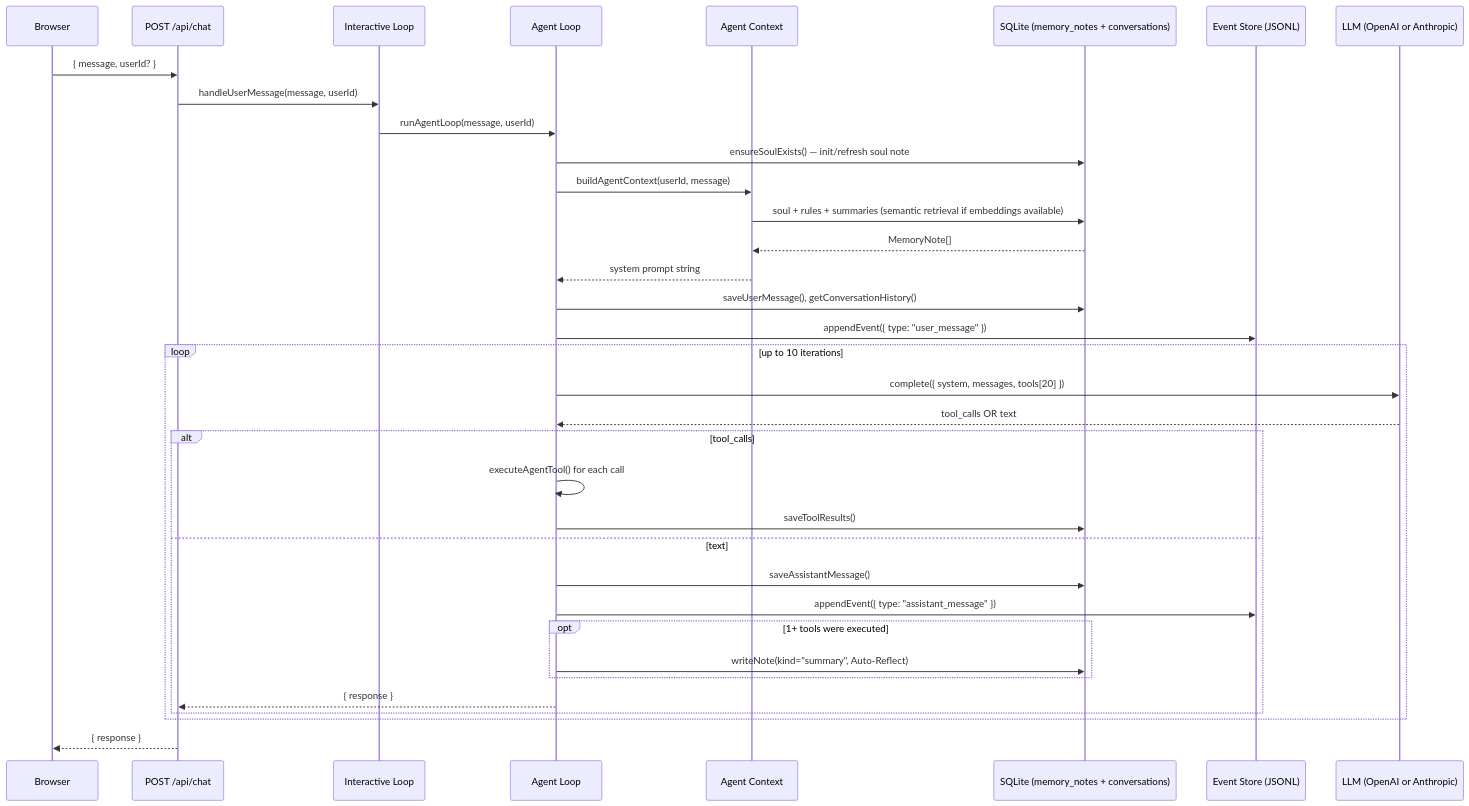
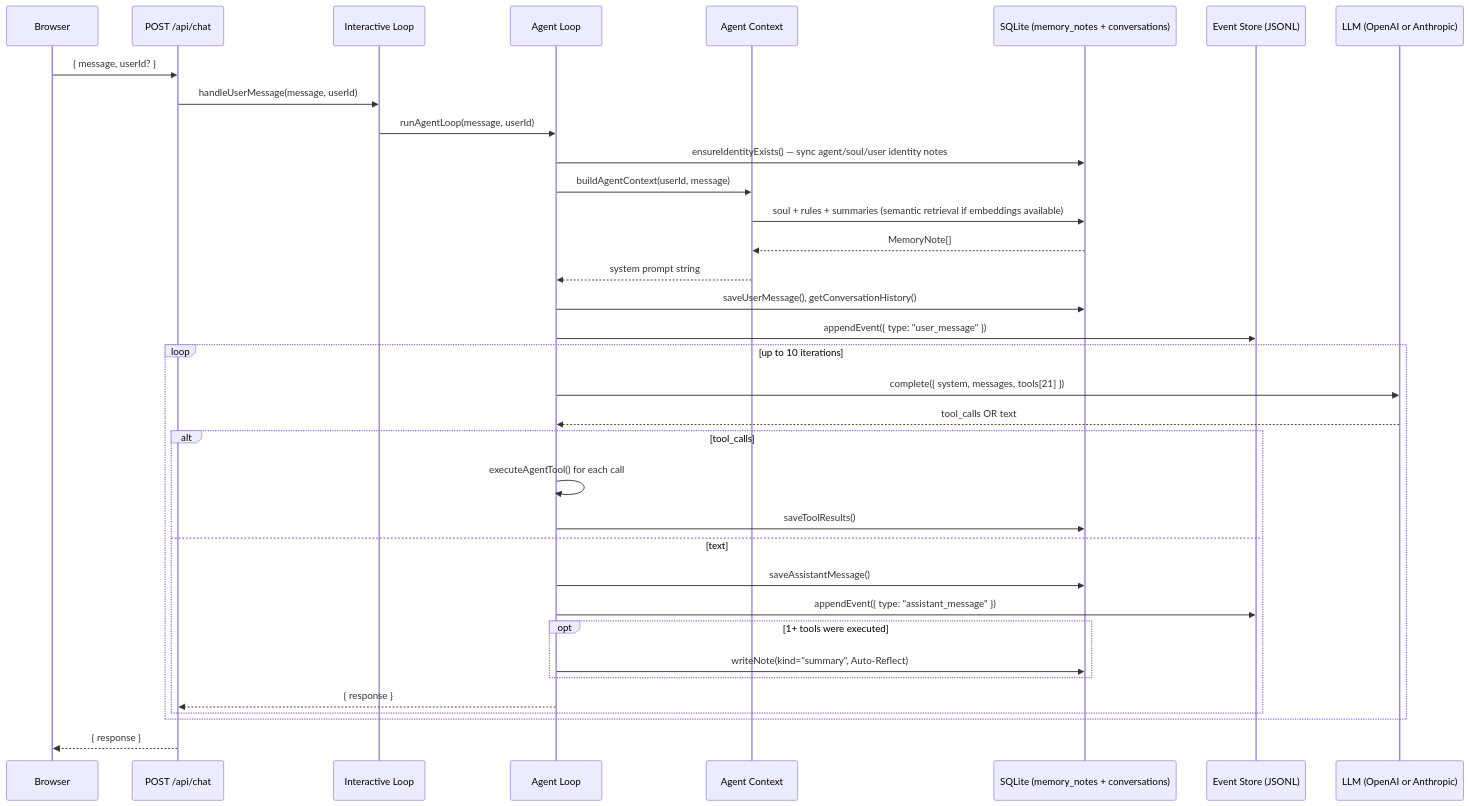
Before and after one commit to nalbam/luminary: the second of 4 diagrams in docs/architecture/overview.md, drawn with Mermaid. The commit also changed other lines of this file and 3 other files, not shown here.

````diff
--- a/docs/architecture/overview.md
+++ b/docs/architecture/overview.md
@@ -91,43 +91,43 @@
 ```mermaid
 sequenceDiagram
     participant B as Browser
     participant API as POST /api/chat
     participant IL as Interactive Loop
     participant AL as Agent Loop
     participant CTX as Agent Context
     participant DB as SQLite (memory_notes + conversations)
     participant EV as Event Store (JSONL)
     participant LLM as LLM (OpenAI or Anthropic)
 
     B->>API: { message, userId? }
     API->>IL: handleUserMessage(message, userId)
     IL->>AL: runAgentLoop(message, userId)
 
-    AL->>DB: ensureSoulExists() — init/refresh soul note
+    AL->>DB: ensureIdentityExists() — sync agent/soul/user identity notes
     AL->>CTX: buildAgentContext(userId, message)
     CTX->>DB: soul + rules + summaries (semantic retrieval if embeddings available)
     DB-->>CTX: MemoryNote[]
     CTX-->>AL: system prompt string
 
     AL->>DB: saveUserMessage(), getConversationHistory()
     AL->>EV: appendEvent({ type: "user_message" })
 
     loop up to 10 iterations
-        AL->>LLM: complete({ system, messages, tools[20] })
+        AL->>LLM: complete({ system, messages, tools[21] })
         LLM-->>AL: tool_calls OR text
 
         alt tool_calls
             AL->>AL: executeAgentTool() for each call
             AL->>DB: saveToolResults()
         else text
             AL->>DB: saveAssistantMessage()
             AL->>EV: appendEvent({ type: "assistant_message" })
             opt 1+ tools were executed
                 AL->>DB: writeNote(kind="summary", Auto-Reflect)
             end
             AL-->>API: { response }
         end
     end
 
     API-->>B: { response }
 ```
````
